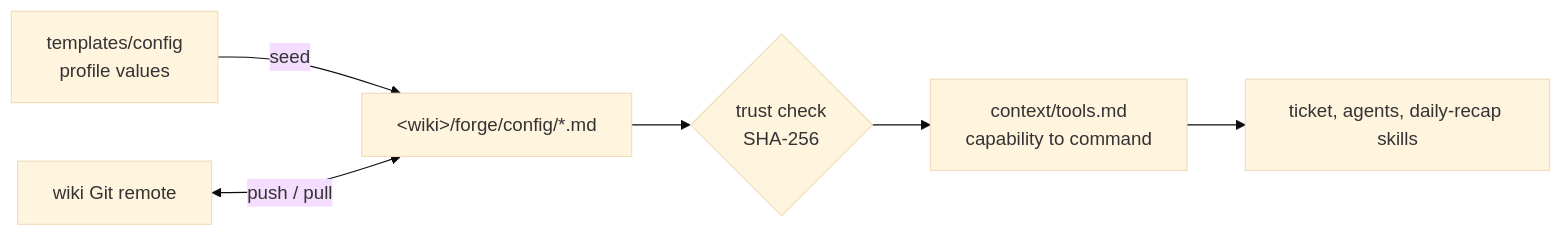
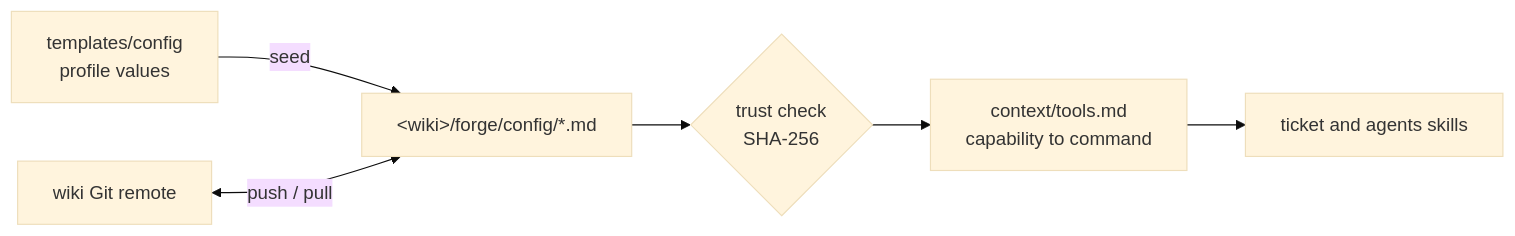
One commit to alexradunet/forge-engineering changed the diagram in docs/config.md. Above: the diagram before and after it, drawn with Mermaid (base theme). The commit also changed other lines of this file and 63 other files, not shown here.

````diff
--- a/docs/config.md
+++ b/docs/config.md
@@ -19,8 +19,8 @@
 ```mermaid
 flowchart LR
   tpl["templates/config<br/>profile values"] -- seed --> cfg["&lt;wiki&gt;/forge/config/*.md"]
   remote["wiki Git remote"] <-->|push / pull| cfg
   cfg --> trust{"trust check<br/>SHA-256"}
   trust --> rule["context/tools.md<br/>capability to command"]
-  rule --> skills["ticket, agents, daily-recap skills"]
+  rule --> skills["ticket and agents skills"]
 ```
````
